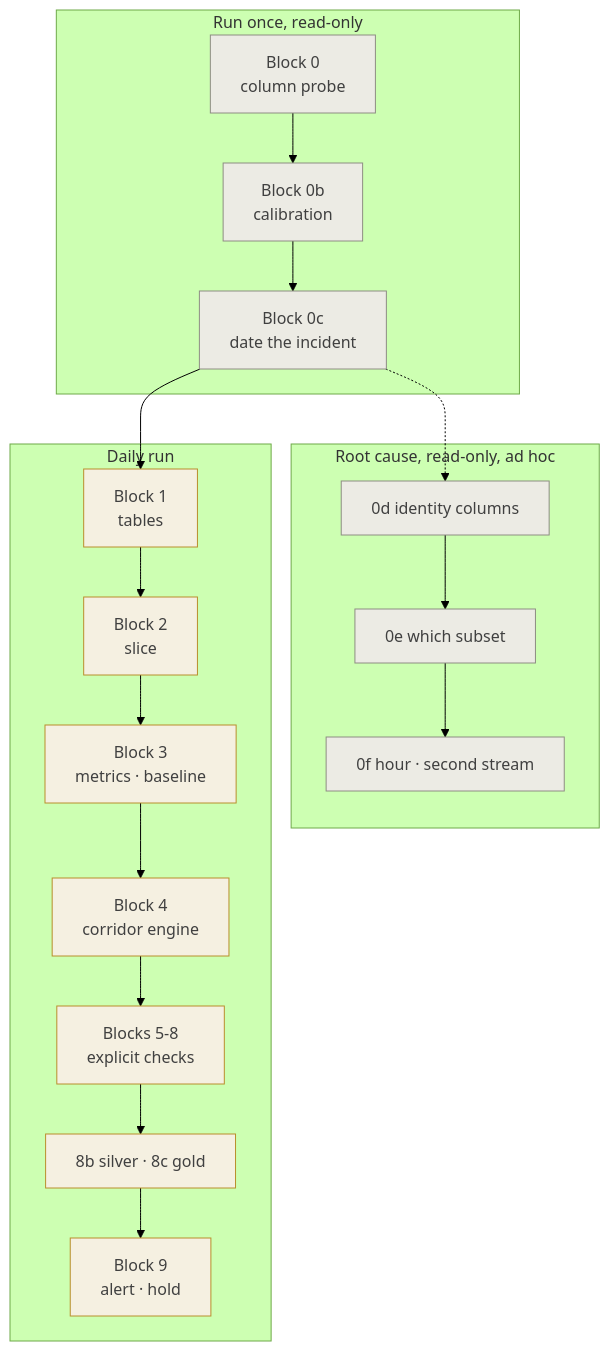
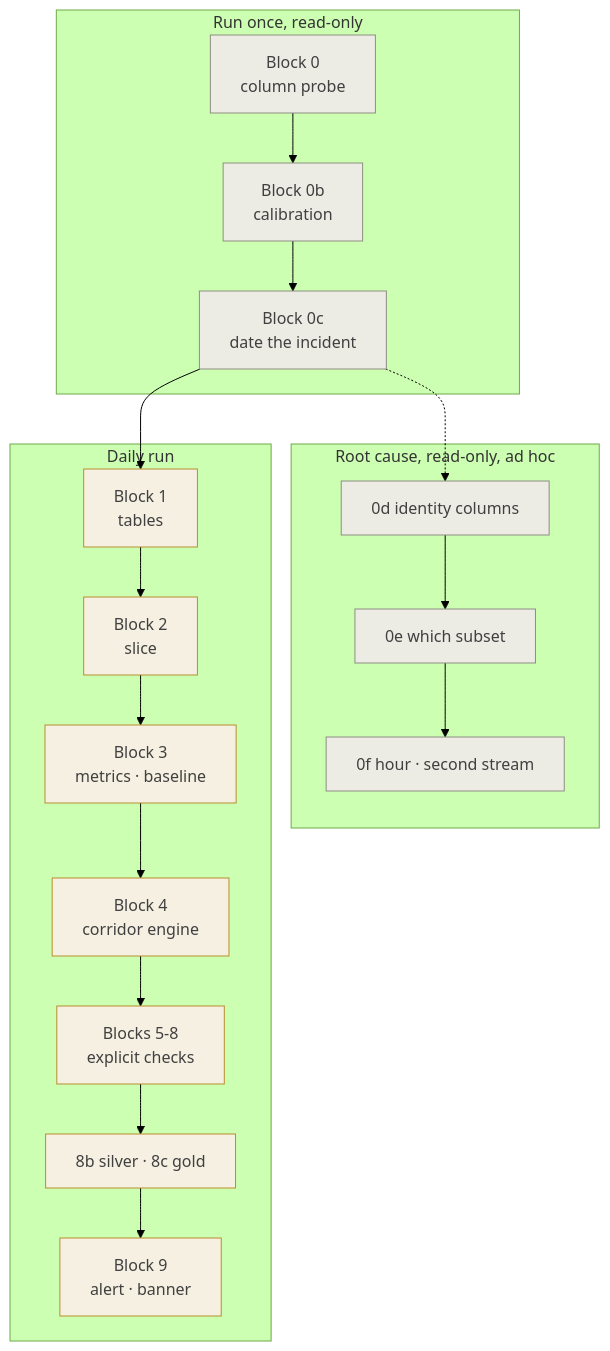
One commit to dallmi/Databricks changed the diagram in docs/dq_blocks_engineering_notes.md. Above: the diagram before and after it, drawn with Mermaid (forest theme). The commit also changed other lines of this file and 6 other files, not shown here.

````diff
--- a/docs/dq_blocks_engineering_notes.md
+++ b/docs/dq_blocks_engineering_notes.md
@@ -47,30 +47,30 @@
 ```mermaid
 flowchart TD
   subgraph once["Run once, read-only"]
     B0[Block 0<br/>column probe]
     B0b[Block 0b<br/>calibration]
     B0c[Block 0c<br/>date the incident]
   end
   subgraph rc["Root cause, read-only, ad hoc"]
     B0d[0d identity columns]
     B0e[0e which subset]
     B0f[0f hour · second stream]
   end
   subgraph daily["Daily run"]
     B1[Block 1<br/>tables]
     B2[Block 2<br/>slice]
     B3[Block 3<br/>metrics · baseline]
     B4[Block 4<br/>corridor engine]
     B5[Blocks 5-8<br/>explicit checks]
     B8b[8b silver · 8c gold]
-    B9[Block 9<br/>alert · hold]
+    B9[Block 9<br/>alert · banner]
   end
   B0 --> B0b --> B0c --> B1
   B0c -.-> B0d --> B0e --> B0f
   B1 --> B2 --> B3 --> B4 --> B5 --> B8b --> B9
 
   classDef probe fill:#ECEBE4,stroke:#8E8D83,color:#404040;
   classDef run fill:#F5F0E1,stroke:#B98E2C,color:#404040;
   class B0,B0b,B0c,B0d,B0e,B0f probe;
   class B1,B2,B3,B4,B5,B8b,B9 run;
 ```
````
